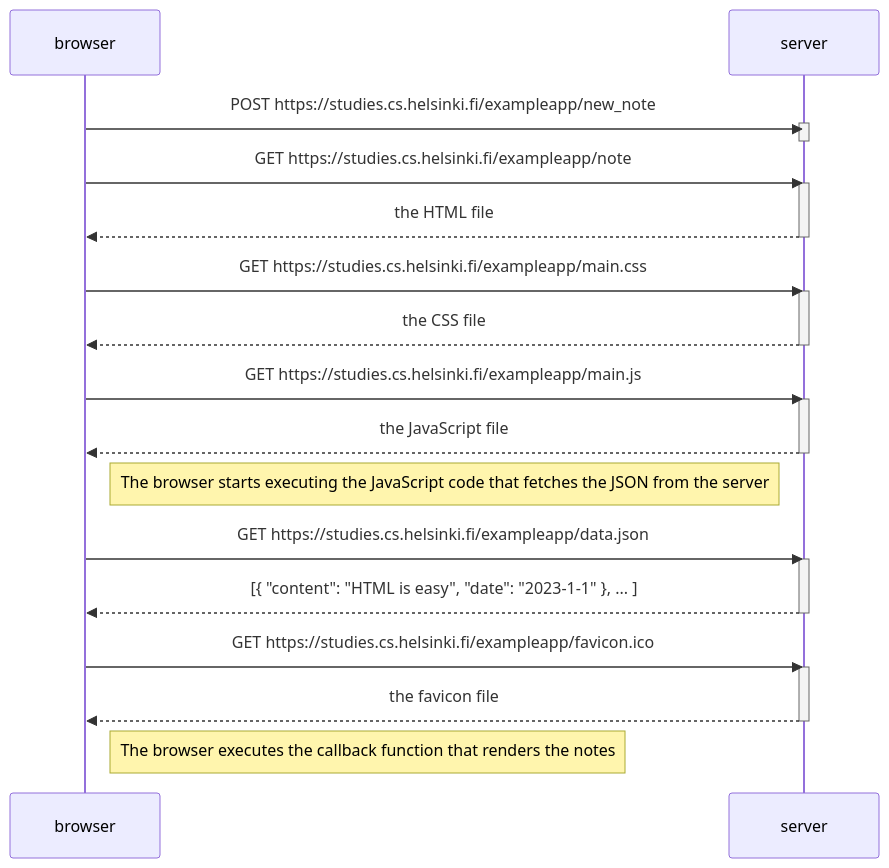
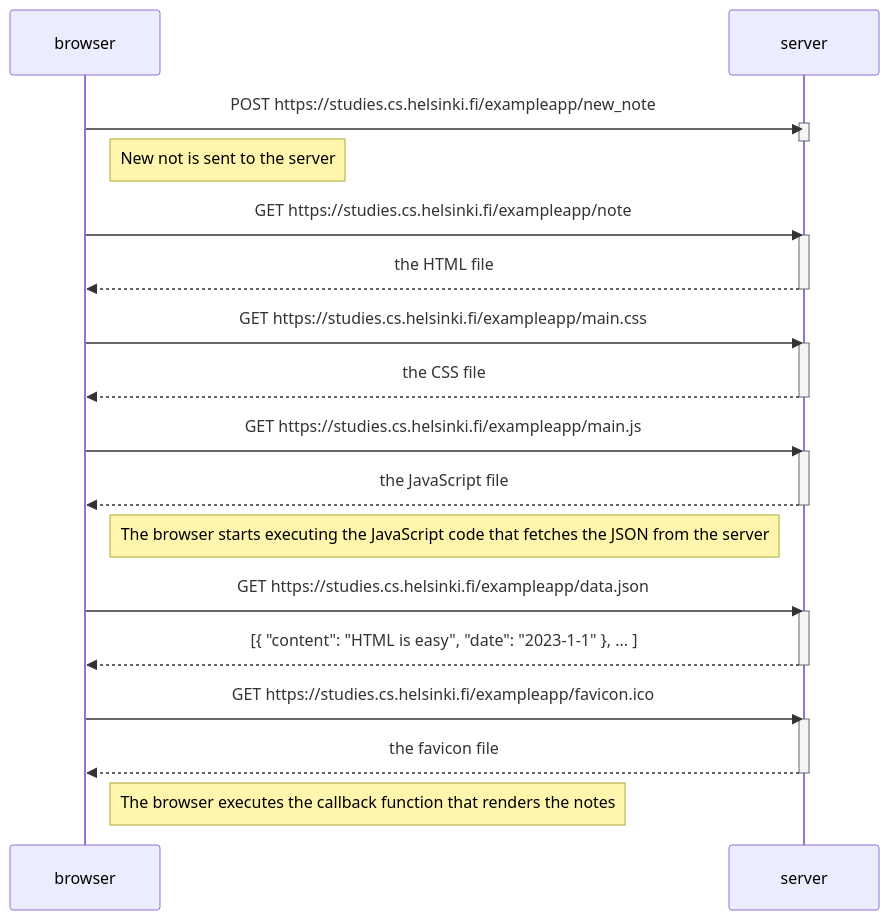
The diagram in part0/new-note-diagram.md (bogdano/helsinki), drawn with Mermaid before and after one commit.

````diff
--- a/part0/new-note-diagram.md
+++ b/part0/new-note-diagram.md
@@ -1,38 +1,39 @@
 ```mermaid
 sequenceDiagram
     participant browser
     participant server
     
     browser->>server: POST https://studies.cs.helsinki.fi/exampleapp/new_note
-    activate server
-    
+    activate server    
     deactivate server
+
+    Note right of browser: New not is sent to the server
     
     browser->>server: GET https://studies.cs.helsinki.fi/exampleapp/note
     activate server
     server-->>browser: the HTML file
     deactivate server
 
     browser->>server: GET https://studies.cs.helsinki.fi/exampleapp/main.css
     activate server
     server-->>browser: the CSS file
     deactivate server
     
     browser->>server: GET https://studies.cs.helsinki.fi/exampleapp/main.js
     activate server
     server-->>browser: the JavaScript file
     deactivate server
     
     Note right of browser: The browser starts executing the JavaScript code that fetches the JSON from the server
     
     browser->>server: GET https://studies.cs.helsinki.fi/exampleapp/data.json
     activate server
     server-->>browser: [{ "content": "HTML is easy", "date": "2023-1-1" }, ... ]
     deactivate server    
     browser->>server: GET https://studies.cs.helsinki.fi/exampleapp/favicon.ico
     activate server
     server-->>browser: the favicon file
     deactivate server
 
     Note right of browser: The browser executes the callback function that renders the notes 
 ```
````
